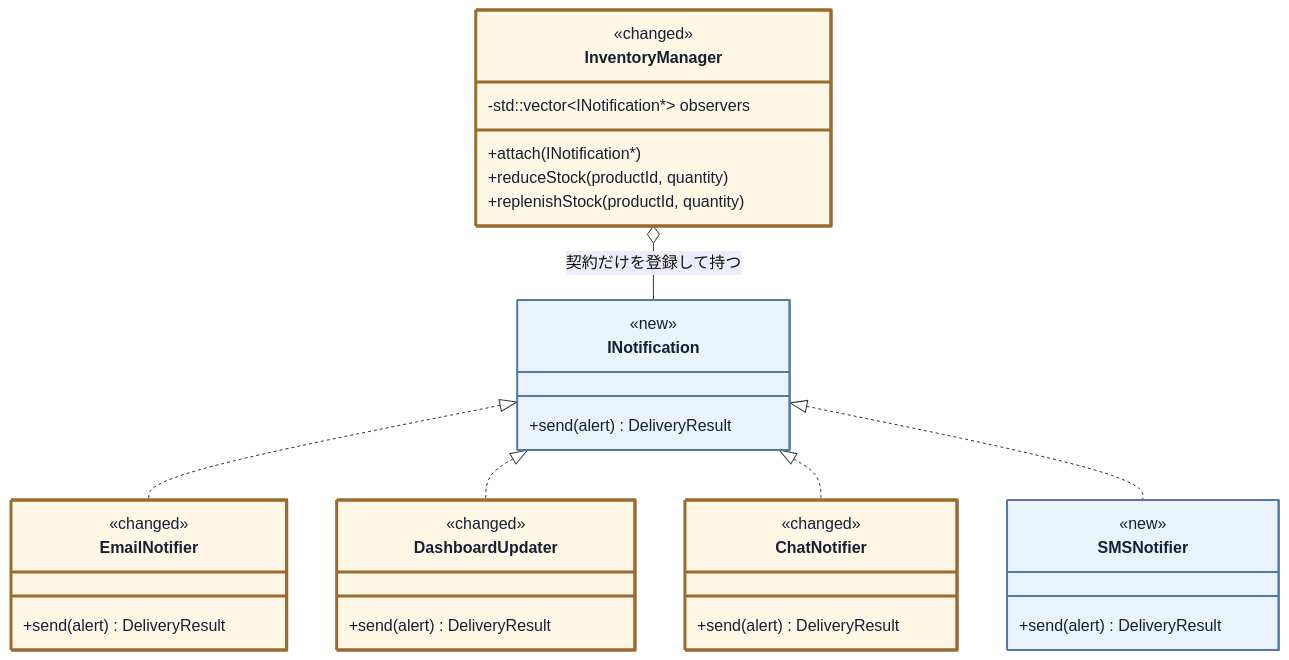
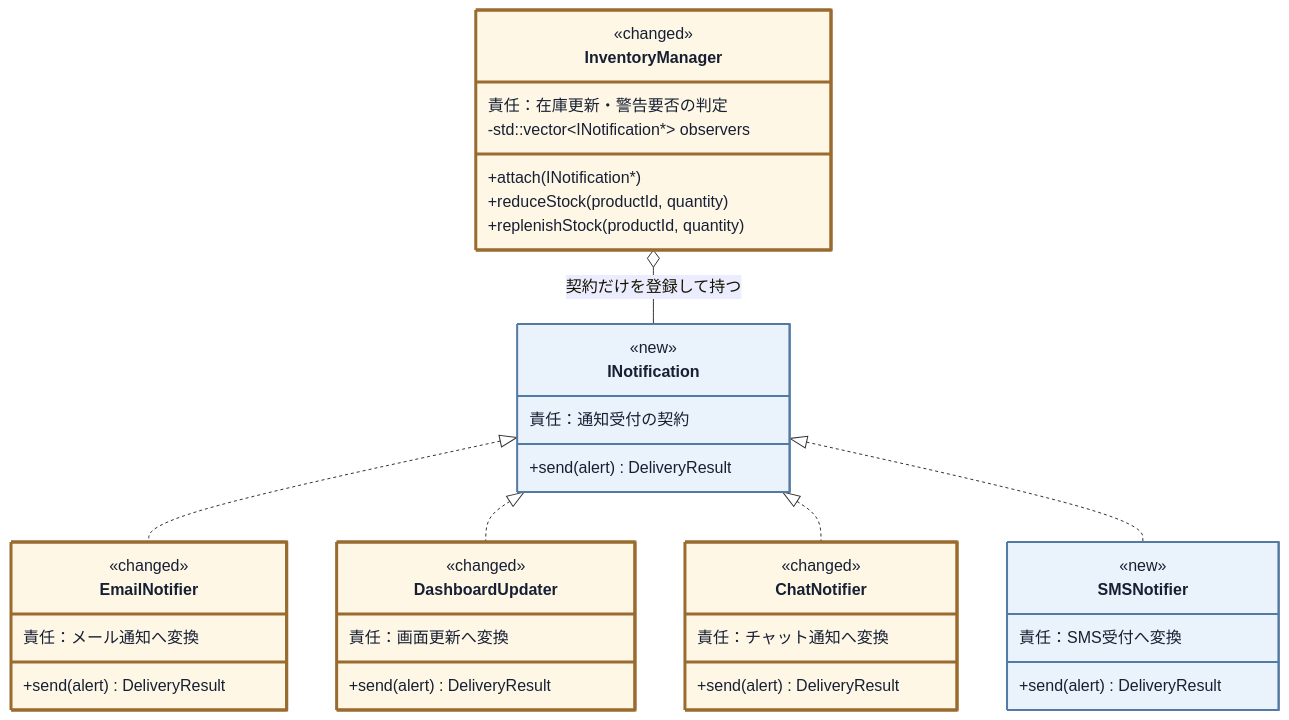
One commit to kumachan1101-pixel/DesignPattern changed diagram 13 of 21 in kindle/design-patterns/books/volume01-core-patterns/output/05-chapter03.md. Above: the diagram before and after it, drawn with Mermaid. The commit also changed other lines of this file and 12 other files, not shown here.

````diff
--- a/kindle/design-patterns/books/volume01-core-patterns/output/05-chapter03.md
+++ b/kindle/design-patterns/books/volume01-core-patterns/output/05-chapter03.md
@@ -1941,40 +1932,46 @@
 ```mermaid
 classDiagram
     direction TB
     class InventoryManager:::touched {
         <<changed>>
+        責任：在庫更新・警告要否の判定
         -std::vector~INotification*~ observers
         +attach(INotification*)
         +reduceStock(productId, quantity)
         +replenishStock(productId, quantity)
     }
     class INotification:::added {
         <<new>>
         <<interface>>
+        責任：通知受付の契約
         +send(alert) DeliveryResult
     }
     class EmailNotifier:::touched {
         <<changed>>
+        責任：メール通知へ変換
         +send(alert) DeliveryResult
     }
     class DashboardUpdater:::touched {
         <<changed>>
+        責任：画面更新へ変換
         +send(alert) DeliveryResult
     }
     class ChatNotifier:::touched {
         <<changed>>
+        責任：チャット通知へ変換
         +send(alert) DeliveryResult
     }
     class SMSNotifier:::added {
         <<new>>
+        責任：SMS受付へ変換
         +send(alert) DeliveryResult
     }
     InventoryManager o-- INotification : 契約だけを登録して持つ
     INotification <|.. EmailNotifier
     INotification <|.. DashboardUpdater
     INotification <|.. ChatNotifier
     INotification <|.. SMSNotifier
 
     classDef added fill:#eaf2fb,stroke:#527aa3,stroke-width:2px,color:#172033;
     classDef touched fill:#fff7e6,stroke:#9a6b2f,stroke-width:3px,color:#172033;
 ```
````
